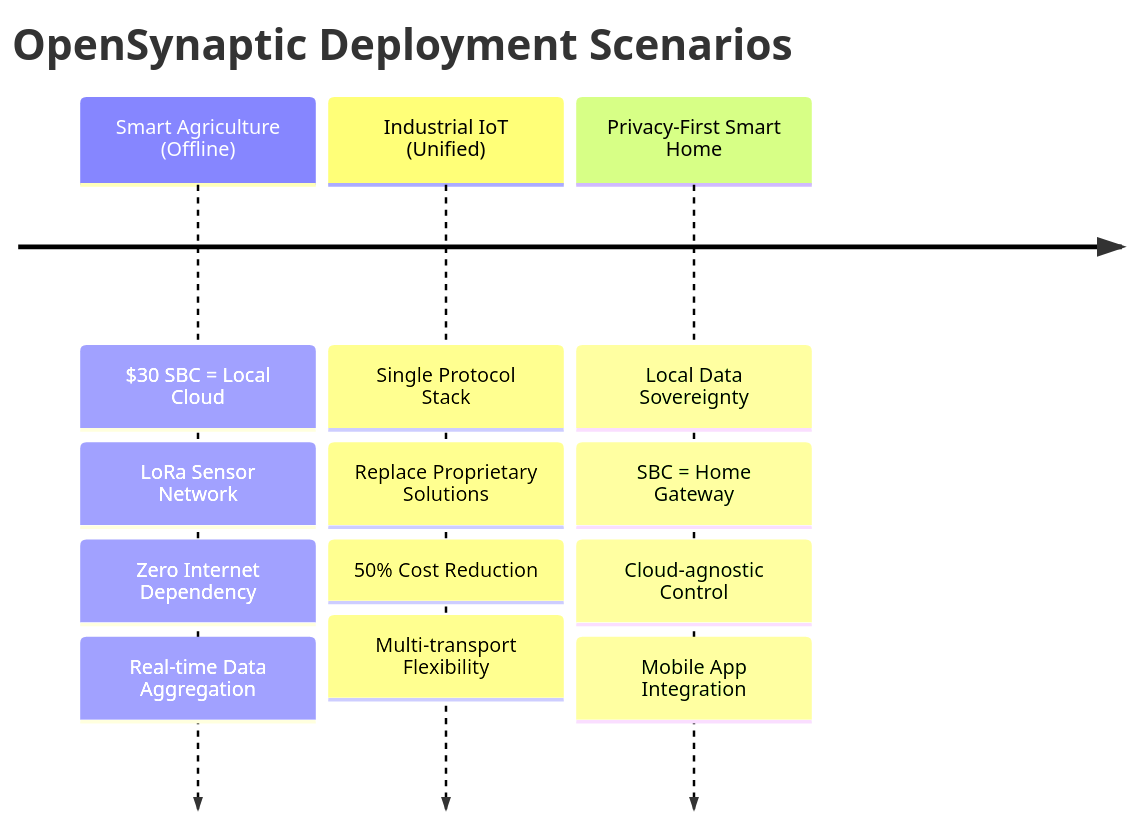
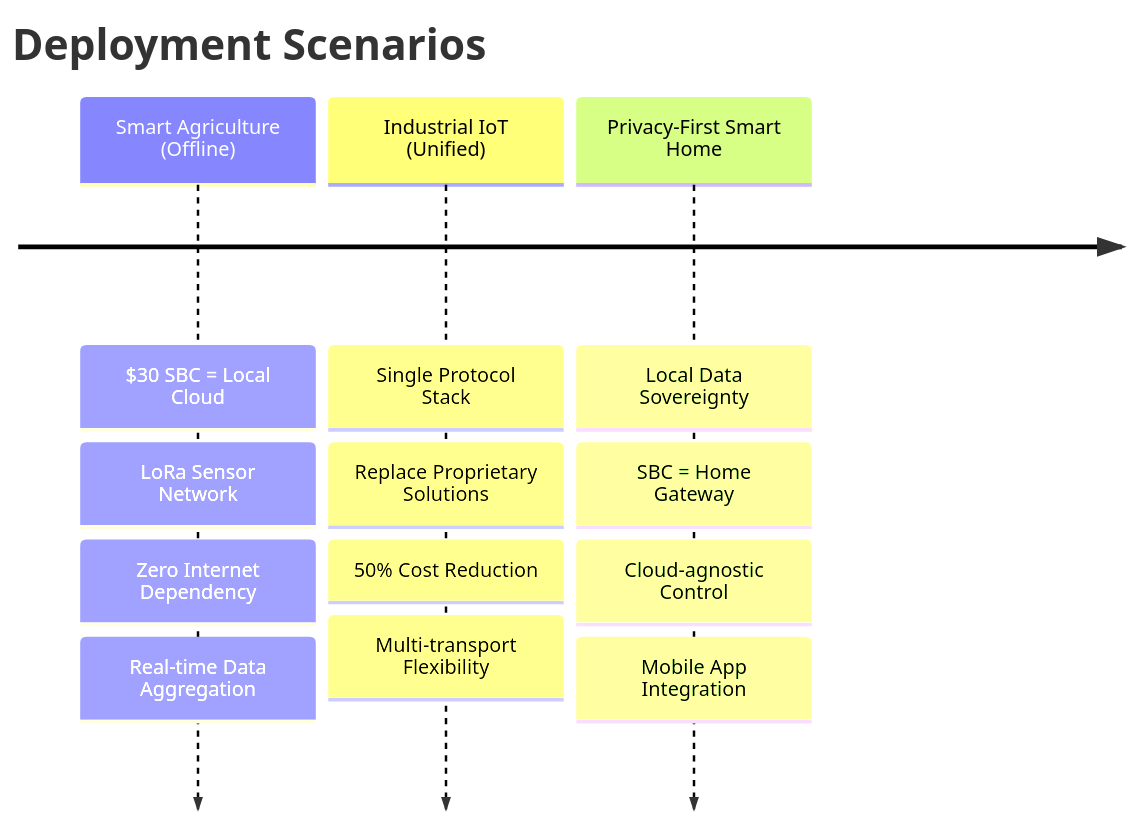
Before and after one commit to OpenSynaptic/OpenSynaptic: the fifth of 5 diagrams in README.md, drawn with Mermaid. The commit also changed other lines of this file, not shown here.

````diff
--- a/README.md
+++ b/README.md
@@ -331,22 +326,21 @@
 ```mermaid
 timeline
-    title OpenSynaptic Deployment Scenarios
-    
+    title Deployment Scenarios
     Smart Agriculture (Offline)
         : $30 SBC = Local Cloud
         : LoRa Sensor Network
         : Zero Internet Dependency
         : Real-time Data Aggregation
     
     Industrial IoT (Unified)
         : Single Protocol Stack
         : Replace Proprietary Solutions
         : 50% Cost Reduction
         : Multi-transport Flexibility
     
     Privacy-First Smart Home
         : Local Data Sovereignty
         : SBC = Home Gateway
         : Cloud-agnostic Control
         : Mobile App Integration
 ```
````
